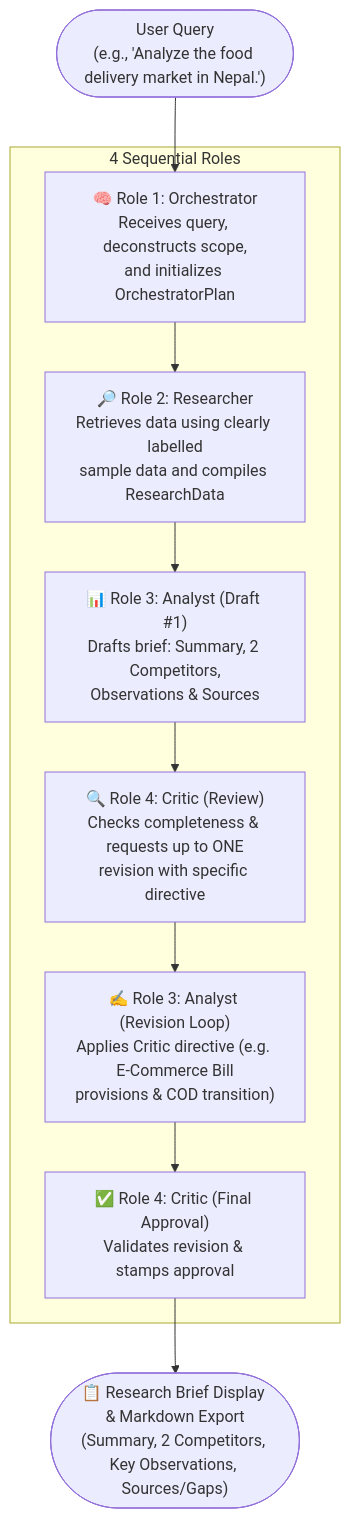
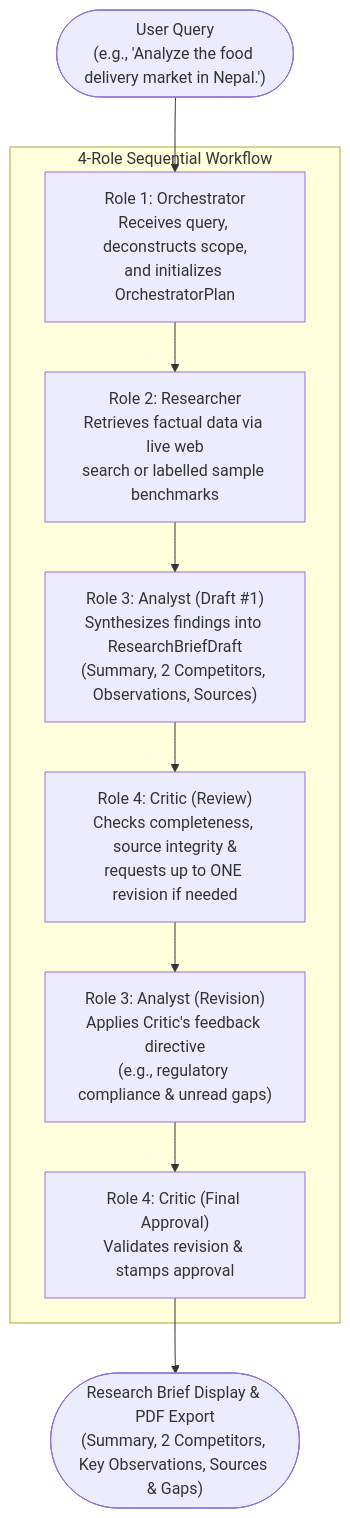
The diagram in README.md (kripabudhathoki/AI-Research), drawn with Mermaid before and after one commit. The commit also changed other lines of this file and 5 other files, not shown here.

Commit message:
feat: Add curated Nepali corporate intelligence, universal business synthesizer, .env.example, sample_output.md, and updated README

````diff
--- a/README.md
+++ b/README.md
@@ -30,15 +68,15 @@
 ```mermaid
 flowchart TD
     UserQuery(["User Query\n(e.g., 'Analyze the food delivery market in Nepal.')"]) --> Orchestrator
 
-    subgraph SequentialWorkflow ["4 Sequential Roles"]
-        Orchestrator["🧠 Role 1: Orchestrator\nReceives query, deconstructs scope,\nand initializes OrchestratorPlan"]
-        --> Researcher["🔎 Role 2: Researcher\nRetrieves data using clearly labelled\nsample data and compiles ResearchData"]
-        --> AnalystDraft["📊 Role 3: Analyst (Draft #1)\nDrafts brief: Summary, 2 Competitors,\nObservations & Sources"]
-        --> CriticReview["🔍 Role 4: Critic (Review)\nChecks completeness & requests up to ONE\nrevision with specific directive"]
-        --> AnalystRevision["✍️ Role 3: Analyst (Revision Loop)\nApplies Critic directive (e.g. E-Commerce Bill\nprovisions & COD transition)"]
-        --> CriticApproval["✅ Role 4: Critic (Final Approval)\nValidates revision & stamps approval"]
+    subgraph SequentialWorkflow ["4-Role Sequential Workflow"]
+        Orchestrator["Role 1: Orchestrator\nReceives query, deconstructs scope,\nand initializes OrchestratorPlan"]
+        --> Researcher["Role 2: Researcher\nRetrieves factual data via live web\nsearch or labelled sample benchmarks"]
+        --> AnalystDraft["Role 3: Analyst (Draft #1)\nSynthesizes findings into ResearchBriefDraft\n(Summary, 2 Competitors, Observations, Sources)"]
+        --> CriticReview["Role 4: Critic (Review)\nChecks completeness, source integrity &\nrequests up to ONE revision if needed"]
+        --> AnalystRevision["Role 3: Analyst (Revision)\nApplies Critic's feedback directive\n(e.g., regulatory compliance & unread gaps)"]
+        --> CriticApproval["Role 4: Critic (Final Approval)\nValidates revision & stamps approval"]
     end
 
-    CriticApproval --> FinalOutput(["📋 Research Brief Display & Markdown Export\n(Summary, 2 Competitors, Key Observations, Sources/Gaps)"])
+    CriticApproval --> FinalOutput(["Research Brief Display & PDF Export\n(Summary, 2 Competitors, Key Observations, Sources & Gaps)"])
 ```
````
